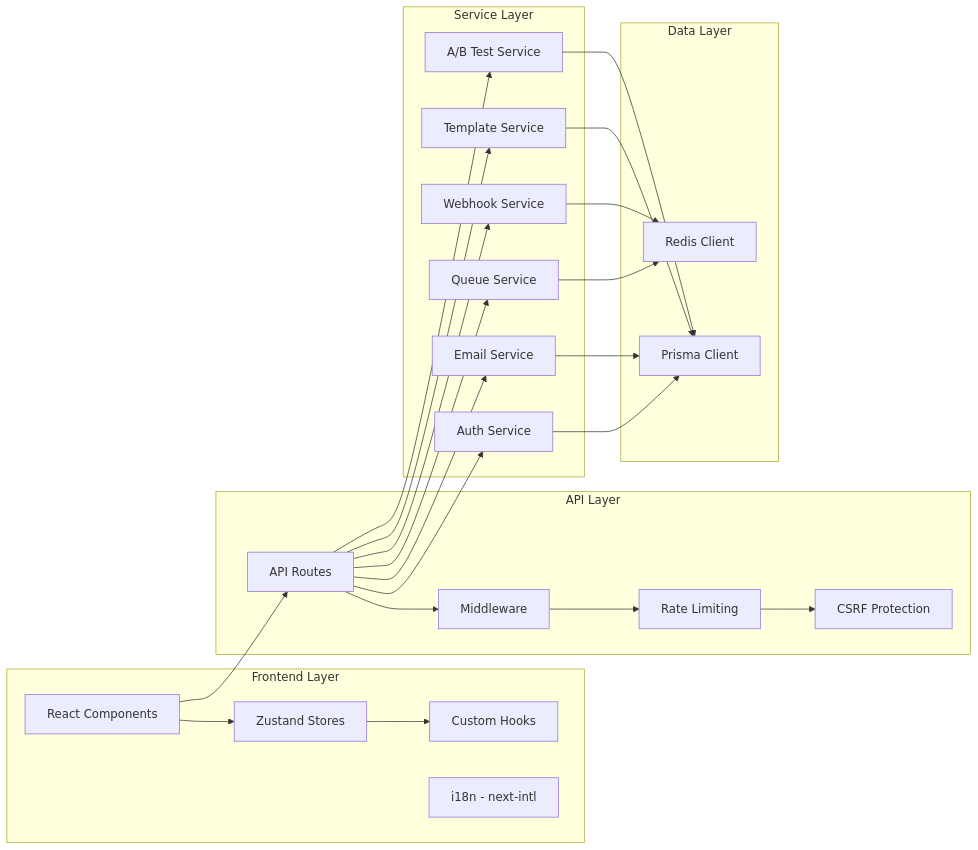
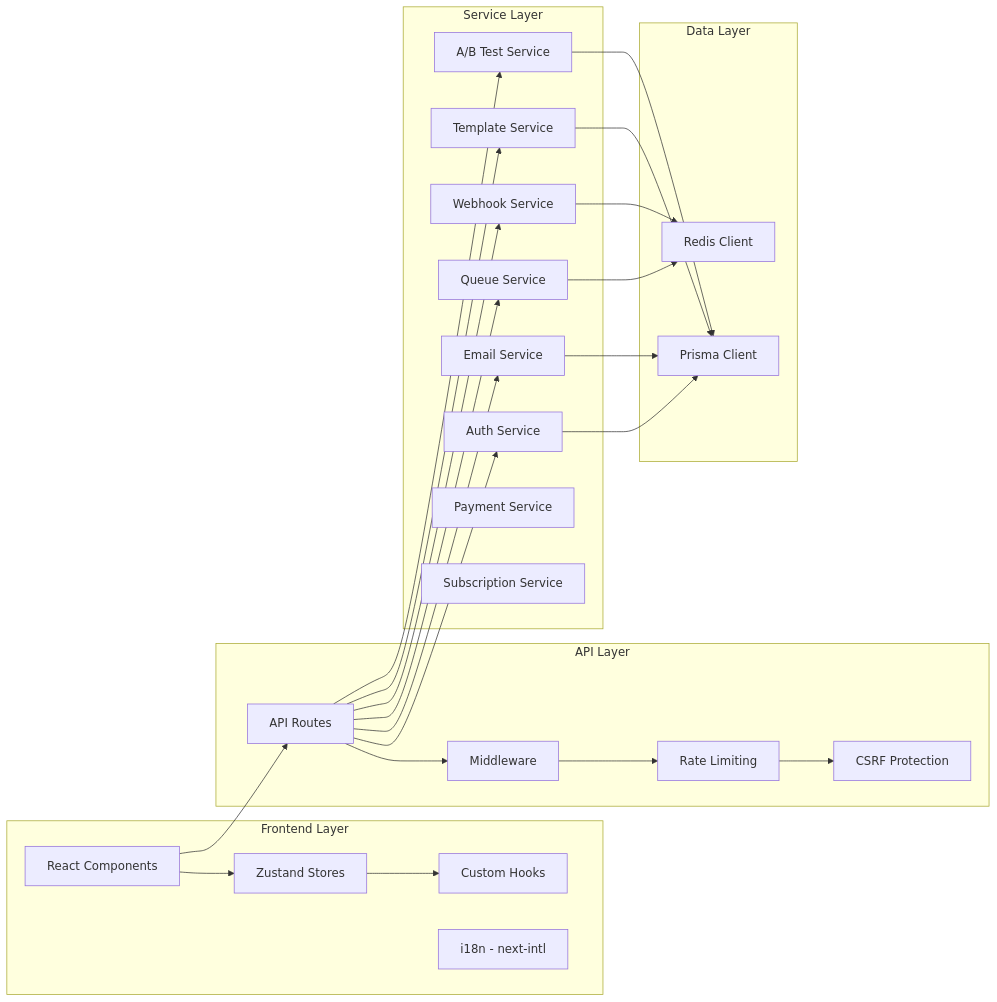
One commit to mahmoodhamdi/Bulk-Email-Sender changed the second of 16 diagrams in docs/architecture/README.md. Above: the diagram before and after it, drawn with Mermaid. The commit also changed other lines of this file and 6 other files, not shown here.

````diff
--- a/docs/architecture/README.md
+++ b/docs/architecture/README.md
@@ -68,47 +70,49 @@
 ```mermaid
 graph LR
     subgraph "Frontend Layer"
         A[React Components]
         B[Zustand Stores]
         C[Custom Hooks]
         D[i18n - next-intl]
     end
 
     subgraph "API Layer"
         E[API Routes]
         F[Middleware]
         G[Rate Limiting]
         H[CSRF Protection]
     end
 
     subgraph "Service Layer"
         I[Auth Service]
         J[Email Service]
         K[Queue Service]
         L[Webhook Service]
         M[Template Service]
         N[A/B Test Service]
+        O2[Payment Service]
+        P2[Subscription Service]
     end
 
     subgraph "Data Layer"
         O[Prisma Client]
         P[Redis Client]
     end
 
     A --> B
     B --> C
     A --> E
     E --> F --> G --> H
     E --> I
     E --> J
     E --> K
     E --> L
     E --> M
     E --> N
     I --> O
     J --> O
     K --> P
     L --> P
     M --> O
     N --> O
 ```
````
